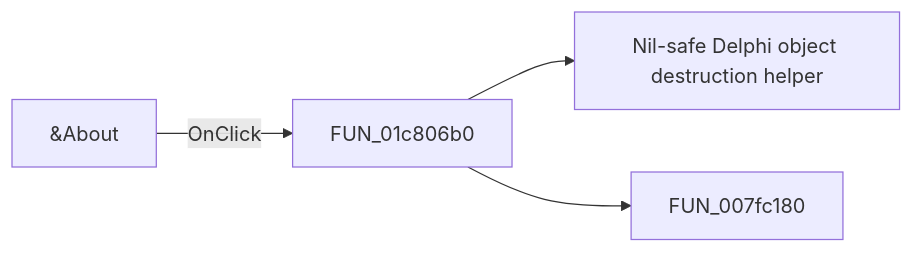
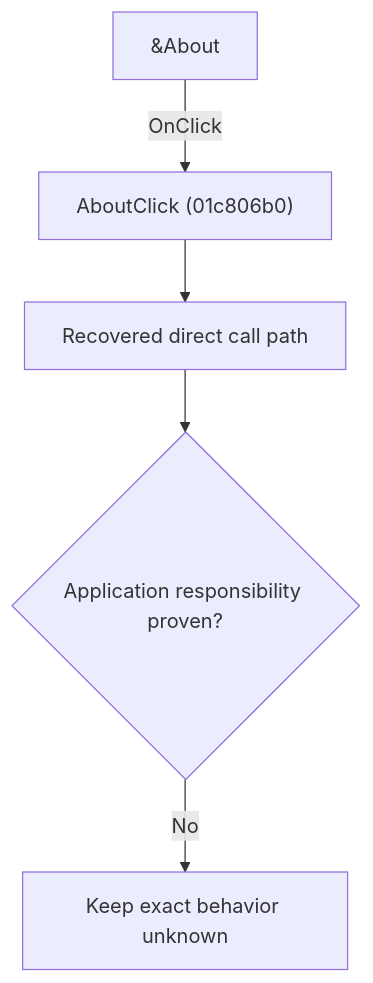
The diagram in docs/ui-controls/schematiceditor/about-b2df2defa3.md (MovGP0/TIARA), drawn with Mermaid before and after one commit. The commit also changed other lines of this file and 1062 other files, not shown here.

````diff
--- a/docs/ui-controls/schematiceditor/about-b2df2defa3.md
+++ b/docs/ui-controls/schematiceditor/about-b2df2defa3.md
@@ -27,6 +27,7 @@
 ```mermaid
-flowchart LR
-    control["&About"] -->|OnClick| handler["FUN_01c806b0"]
-    handler --> call1["Nil-safe Delphi object destruction helper"]
-    handler --> call2["FUN_007fc180"]
+flowchart TD
+    control["&About"] -->|"OnClick"| handler["AboutClick (01c806b0)"]
+    handler --> recovered["Recovered direct call path"]
+    recovered --> gap{"Application responsibility proven?"}
+    gap -->|"No"| blocked["Keep exact behavior unknown"]
 ```
````
